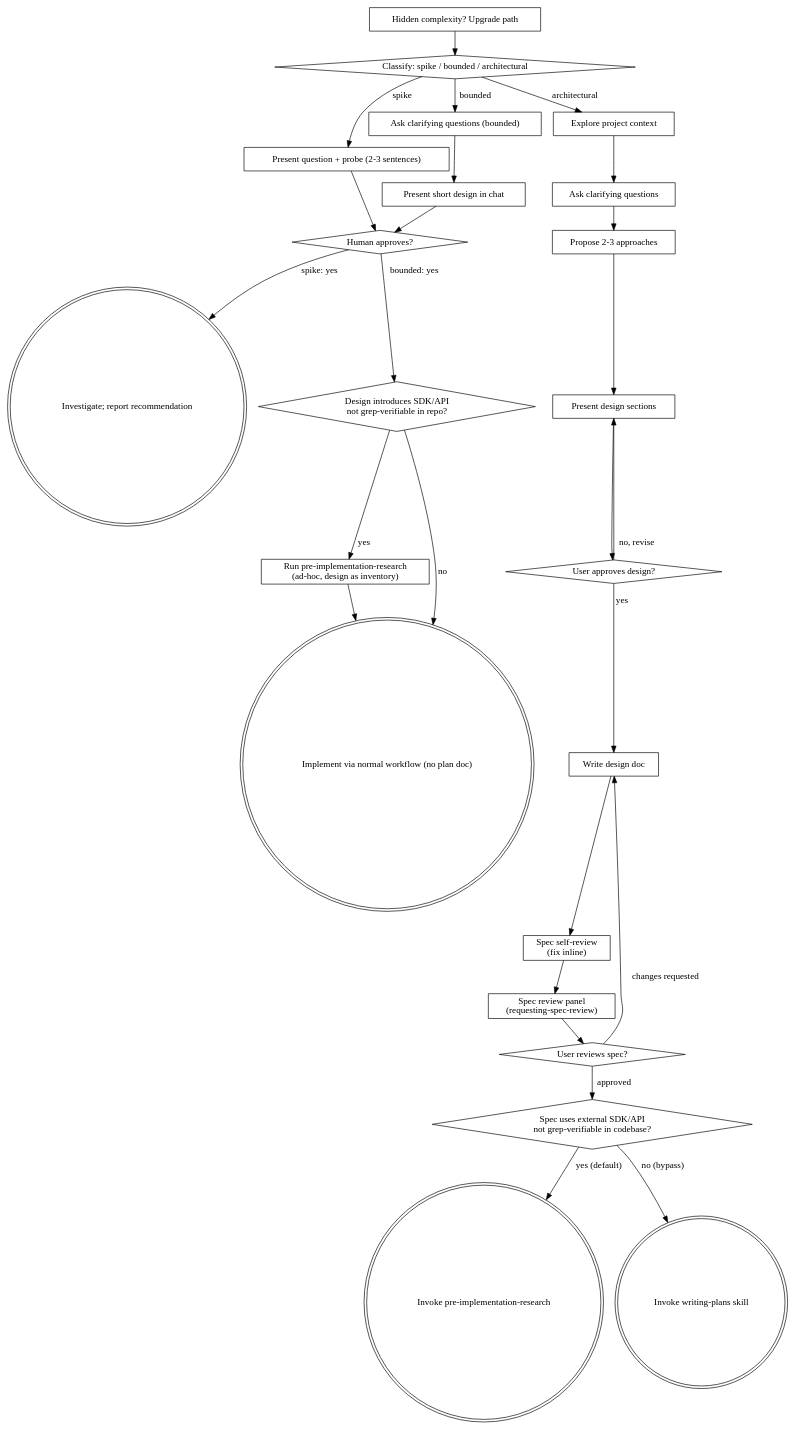
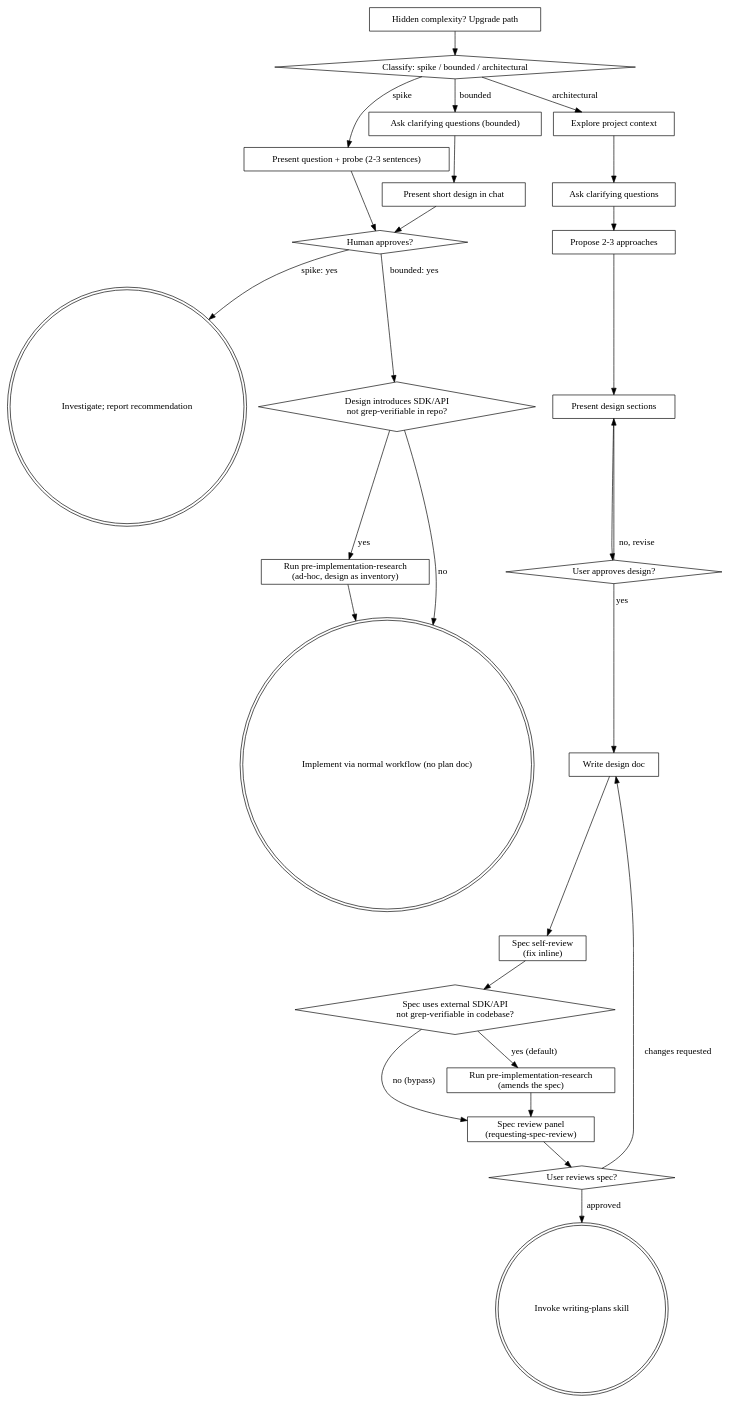
Before and after one commit to GiulioSurya/superpowers: the diagram in skills/brainstorming/SKILL.md, drawn with Graphviz. The commit also changed other lines of this file and 4 other files, not shown here.

Commit message:
Run pre-implementation research before the spec review panel, so one review covers the spec research amended; writing-plans follows the panel and the user's approval (6.4.2-legis.2)

````diff
--- a/skills/brainstorming/SKILL.md
+++ b/skills/brainstorming/SKILL.md
@@ -153,52 +153,53 @@
 ```dot
 digraph brainstorming {
     "Classify: spike / bounded / architectural" [shape=diamond];
     "Present question + probe (2-3 sentences)" [shape=box];
     "Ask clarifying questions (bounded)" [shape=box];
     "Present short design in chat" [shape=box];
     "Human approves?" [shape=diamond];
     "Investigate; report recommendation" [shape=doublecircle];
     "Design introduces SDK/API\nnot grep-verifiable in repo?" [shape=diamond];
     "Run pre-implementation-research\n(ad-hoc, design as inventory)" [shape=box];
     "Implement via normal workflow (no plan doc)" [shape=doublecircle];
     "Explore project context" [shape=box];
     "Ask clarifying questions" [shape=box];
     "Propose 2-3 approaches" [shape=box];
     "Present design sections" [shape=box];
     "User approves design?" [shape=diamond];
     "Write design doc" [shape=box];
     "Spec self-review\n(fix inline)" [shape=box];
     "Spec review panel\n(requesting-spec-review)" [shape=box];
     "User reviews spec?" [shape=diamond];
     "Spec uses external SDK/API\nnot grep-verifiable in codebase?" [shape=diamond];
-    "Invoke pre-implementation-research" [shape=doublecircle];
+    "Run pre-implementation-research\n(amends the spec)" [shape=box];
     "Invoke writing-plans skill" [shape=doublecircle];
     "Hidden complexity? Upgrade path" [shape=box];
 
     "Classify: spike / bounded / architectural" -> "Present question + probe (2-3 sentences)" [label="spike"];
     "Classify: spike / bounded / architectural" -> "Ask clarifying questions (bounded)" [label="bounded"];
     "Classify: spike / bounded / architectural" -> "Explore project context" [label="architectural"];
     "Present question + probe (2-3 sentences)" -> "Human approves?";
     "Ask clarifying questions (bounded)" -> "Present short design in chat";
     "Present short design in chat" -> "Human approves?";
     "Human approves?" -> "Investigate; report recommendation" [label="spike: yes"];
     "Human approves?" -> "Design introduces SDK/API\nnot grep-verifiable in repo?" [label="bounded: yes"];
     "Design introduces SDK/API\nnot grep-verifiable in repo?" -> "Run pre-implementation-research\n(ad-hoc, design as inventory)" [label="yes"];
     "Design introduces SDK/API\nnot grep-verifiable in repo?" -> "Implement via normal workflow (no plan doc)" [label="no"];
     "Run pre-implementation-research\n(ad-hoc, design as inventory)" -> "Implement via normal workflow (no plan doc)";
     "Hidden complexity? Upgrade path" -> "Classify: spike / bounded / architectural";
     "Explore project context" -> "Ask clarifying questions";
     "Ask clarifying questions" -> "Propose 2-3 approaches";
     "Propose 2-3 approaches" -> "Present design sections";
     "Present design sections" -> "User approves design?";
     "User approves design?" -> "Present design sections" [label="no, revise"];
     "User approves design?" -> "Write design doc" [label="yes"];
     "Write design doc" -> "Spec self-review\n(fix inline)";
-    "Spec self-review\n(fix inline)" -> "Spec review panel\n(requesting-spec-review)";
+    "Spec self-review\n(fix inline)" -> "Spec uses external SDK/API\nnot grep-verifiable in codebase?";
+    "Spec uses external SDK/API\nnot grep-verifiable in codebase?" -> "Run pre-implementation-research\n(amends the spec)" [label="yes (default)"];
+    "Spec uses external SDK/API\nnot grep-verifiable in codebase?" -> "Spec review panel\n(requesting-spec-review)" [label="no (bypass)"];
+    "Run pre-implementation-research\n(amends the spec)" -> "Spec review panel\n(requesting-spec-review)";
     "Spec review panel\n(requesting-spec-review)" -> "User reviews spec?";
     "User reviews spec?" -> "Write design doc" [label="changes requested"];
-    "User reviews spec?" -> "Spec uses external SDK/API\nnot grep-verifiable in codebase?" [label="approved"];
-    "Spec uses external SDK/API\nnot grep-verifiable in codebase?" -> "Invoke pre-implementation-research" [label="yes (default)"];
-    "Spec uses external SDK/API\nnot grep-verifiable in codebase?" -> "Invoke writing-plans skill" [label="no (bypass)"];
+    "User reviews spec?" -> "Invoke writing-plans skill" [label="approved"];
 }
 ```
````
